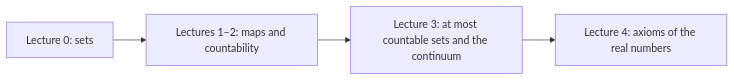
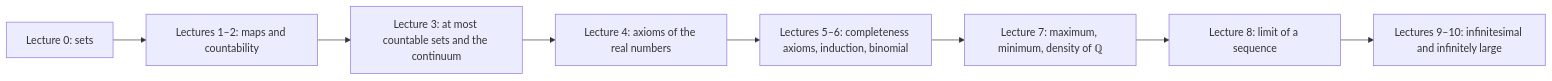
The diagram in MathInMind/en/lectures-2025-26/index.md (NikiHunter/MATAN), drawn with Mermaid before and after one commit. The commit also changed other lines of this file and 21 other files, not shown here.

First line of the commit message:
Add 2025/26 lectures 5–10 in Russian, English and Spanish; fix lecture 3 slide note

````diff
--- a/MathInMind/en/lectures-2025-26/index.md
+++ b/MathInMind/en/lectures-2025-26/index.md
@@ -27,6 +30,10 @@
 ```mermaid
 flowchart LR
     A["Lecture 0: sets"] --> B["Lectures 1–2: maps and countability"]
     B --> C["Lecture 3: at most countable sets and the continuum"]
     C --> D["Lecture 4: axioms of the real numbers"]
+    D --> E["Lectures 5–6: completeness axioms, induction, binomial"]
+    E --> F["Lecture 7: maximum, minimum, density of ℚ"]
+    F --> G["Lecture 8: limit of a sequence"]
+    G --> H["Lectures 9–10: infinitesimal and infinitely large"]
 ```
````
